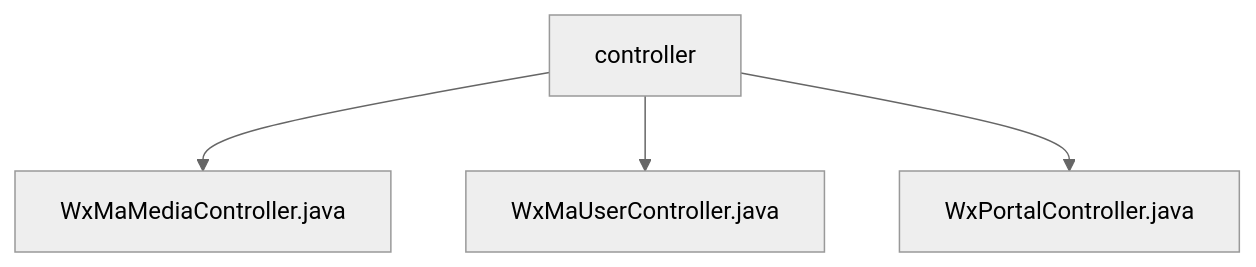
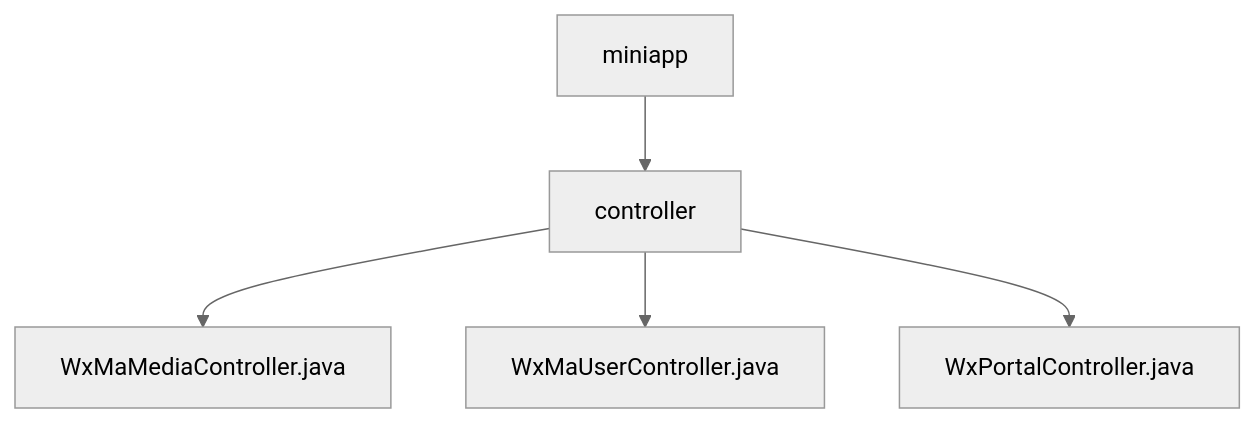
The diagram in docs/en/docs/src/main/java/com/github/binarywang/demo/wx/miniapp/controller/_module.md (v-wjrong/rongwj666_weixin-java-miniapp-demo), drawn with Mermaid (neutral theme) before and after one commit. The commit also changed other lines of this file and 42 other files, not shown here.

````diff
--- a/docs/en/docs/src/main/java/com/github/binarywang/demo/wx/miniapp/controller/_module.md
+++ b/docs/en/docs/src/main/java/com/github/binarywang/demo/wx/miniapp/controller/_module.md
@@ -22,6 +22,7 @@
 ```mermaid
 graph TD
+    miniapp --> controller
     controller --> WxMaMediaController.java
     controller --> WxMaUserController.java
     controller --> WxPortalController.java
 ```
````
